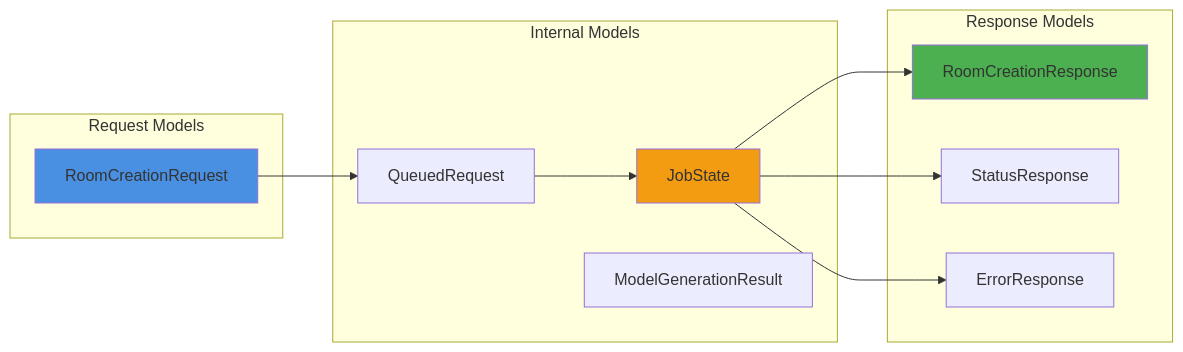
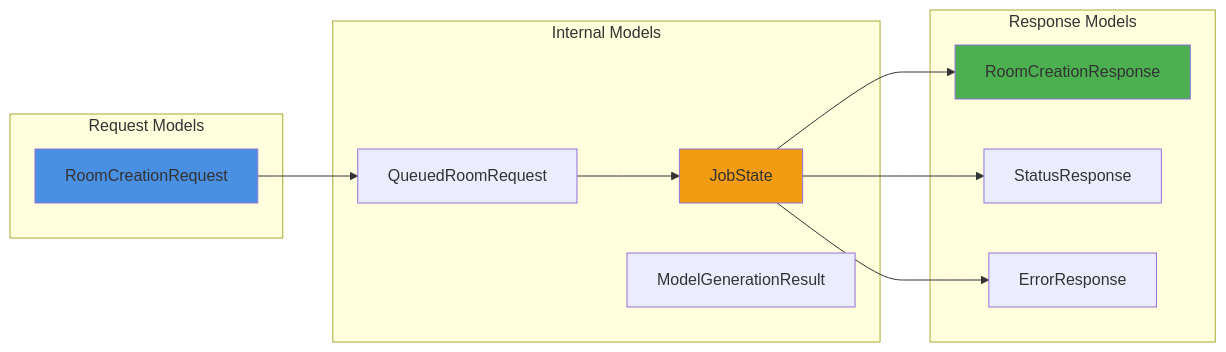
One commit to Febriez/eroom-docs changed the first of 3 diagrams in architecture/data-modeling.md. Above: the diagram before and after it, drawn with Mermaid. The commit also changed other lines of this file and 16 other files, not shown here.

```diff
--- a/architecture/data-modeling.md
+++ b/architecture/data-modeling.md
@@ -14,29 +14,29 @@
 {% mermaid %}
 graph LR
 subgraph "Request Models"
 RCR[RoomCreationRequest]
 end
 
     subgraph "Internal Models"
-        QR[QueuedRequest]
+        QR[QueuedRoomRequest]
         JS[JobState]
         MGR[ModelGenerationResult]
     end
     
     subgraph "Response Models"
         RCR2[RoomCreationResponse]
         SR[StatusResponse]
         ER[ErrorResponse]
     end
     
     RCR --> QR
     QR --> JS
     JS --> RCR2
     JS --> SR
     JS --> ER
     
     style RCR fill:#4a90e2
     style RCR2 fill:#4caf50
     style JS fill:#f39c12
 
 {% endmermaid %}
```
